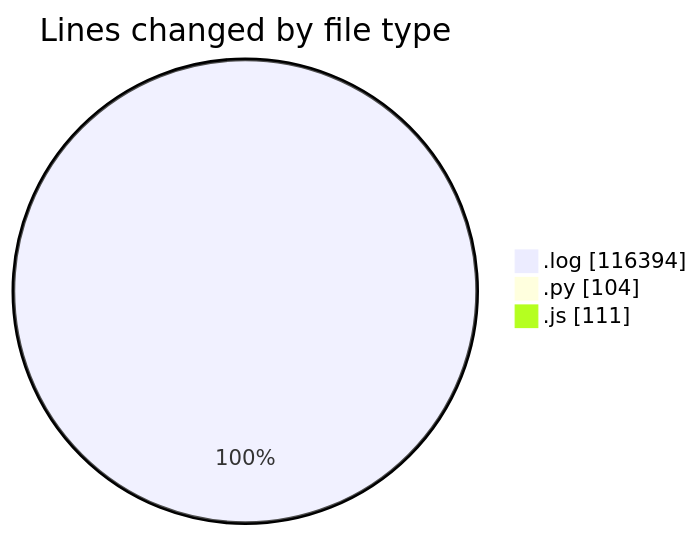
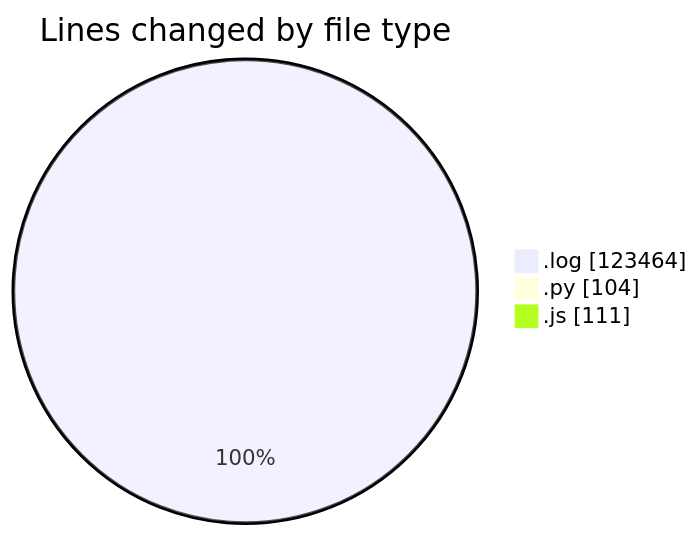
The first of 2 diagrams in 2025-04-10/nxtqube_webapp/README.md (nxtqubesakshisongat/code-tracking), drawn with Mermaid before and after one commit. The commit also changed other lines of this file and 1 other file, not shown here.

````diff
--- a/2025-04-10/nxtqube_webapp/README.md
+++ b/2025-04-10/nxtqube_webapp/README.md
@@ -22,7 +22,7 @@
 ```mermaid
 pie showData
 title Lines changed by file type
-".log" : 116394
+".log" : 123464
 ".py" : 104
 ".js" : 111
 ```
````
